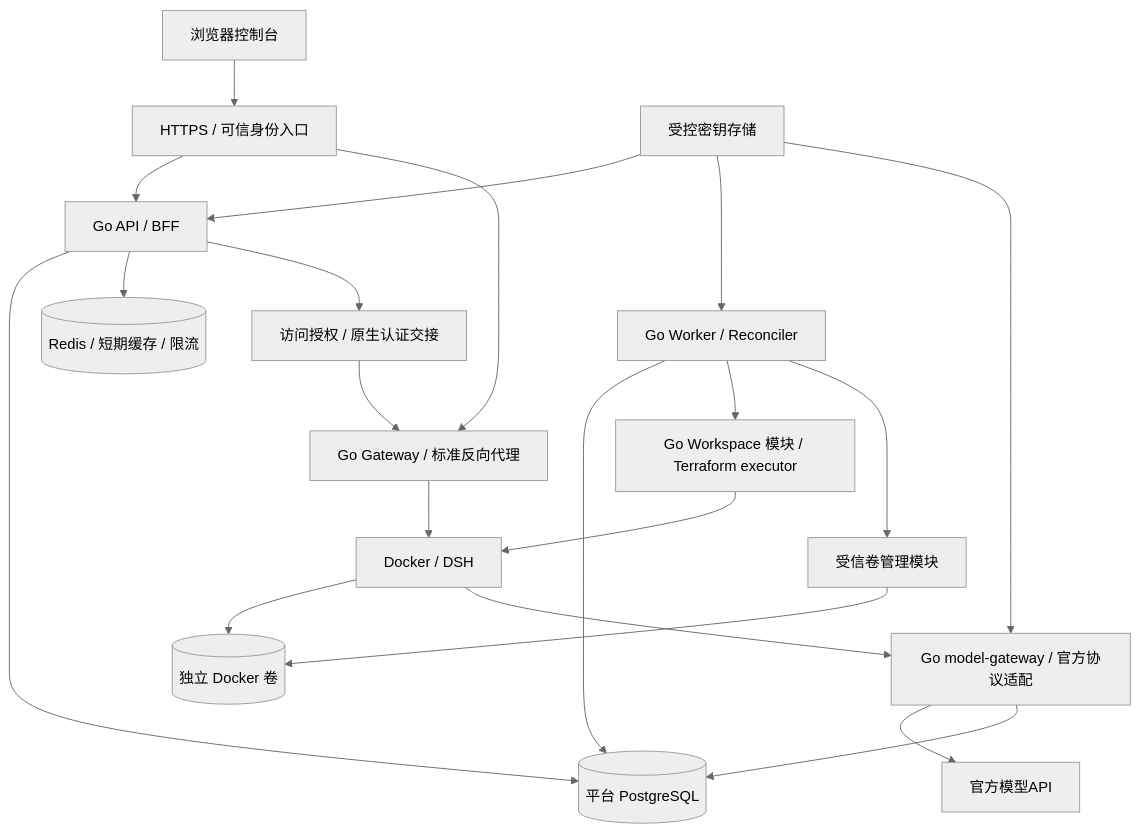
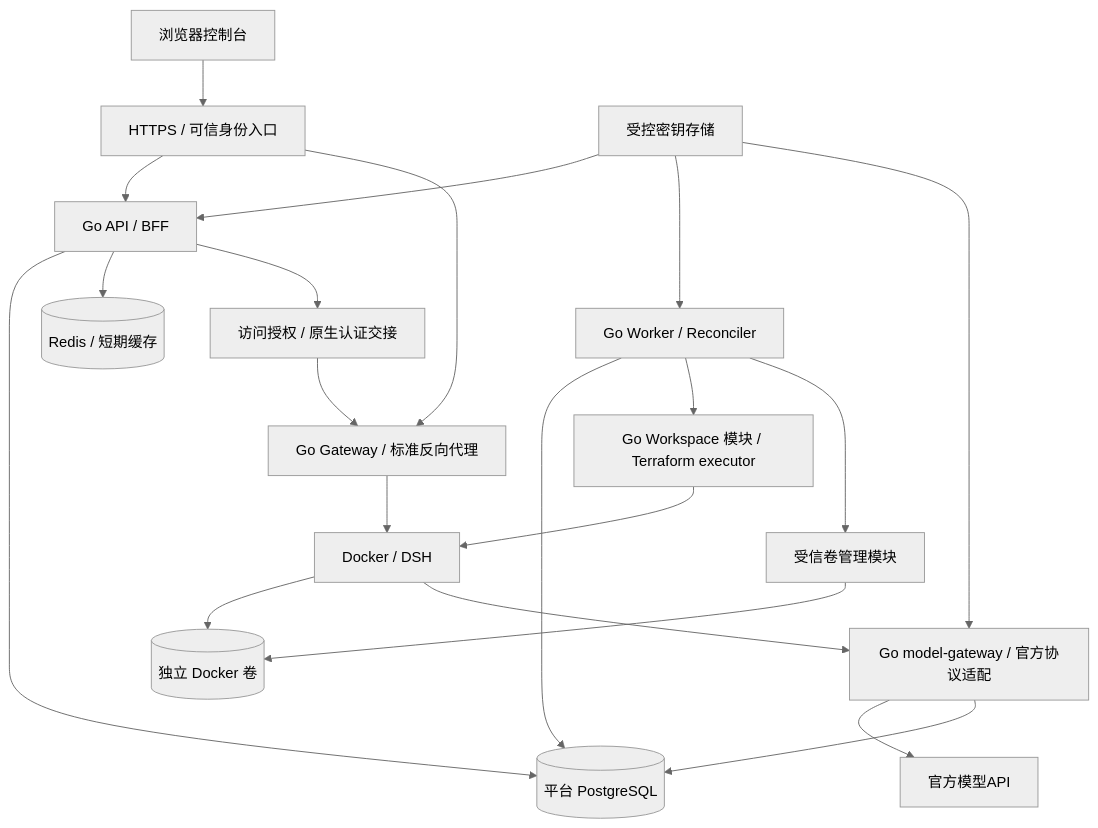
Before and after one commit to GrgChain/deepseek-harness-cloud: the diagram in docs/backend.md, drawn with Mermaid (neutral theme). The commit also changed other lines of this file and 189 other files, not shown here.

````diff
--- a/docs/backend.md
+++ b/docs/backend.md
@@ -40,23 +40,23 @@
 ```mermaid
 flowchart TD
     Browser[浏览器控制台] --> Entry[HTTPS / 可信身份入口]
     Entry --> API[Go API / BFF]
     API --> DB[(平台 PostgreSQL)]
-    API --> Redis[(Redis / 短期缓存 / 限流)]
+    API --> Redis[(Redis / 短期缓存)]
     Worker[Go Worker / Reconciler] --> DB
     Worker --> Workspace[Go Workspace 模块 / Terraform executor]
     Worker --> Store[受信卷管理模块]
     Store --> Volume[(独立 Docker 卷)]
     Workspace --> DSH[Docker / DSH]
     DSH --> Volume
     DSH --> Models[Go model-gateway / 官方协议适配]
     Models --> Providers[官方模型API]
     Models --> DB
     API --> Access[访问授权 / 原生认证交接]
     Entry --> Proxy[Go Gateway / 标准反向代理]
     Access --> Proxy
     Proxy --> DSH
     Secrets[受控密钥存储] --> API
     Secrets --> Worker
     Secrets --> Models
 ```
````
